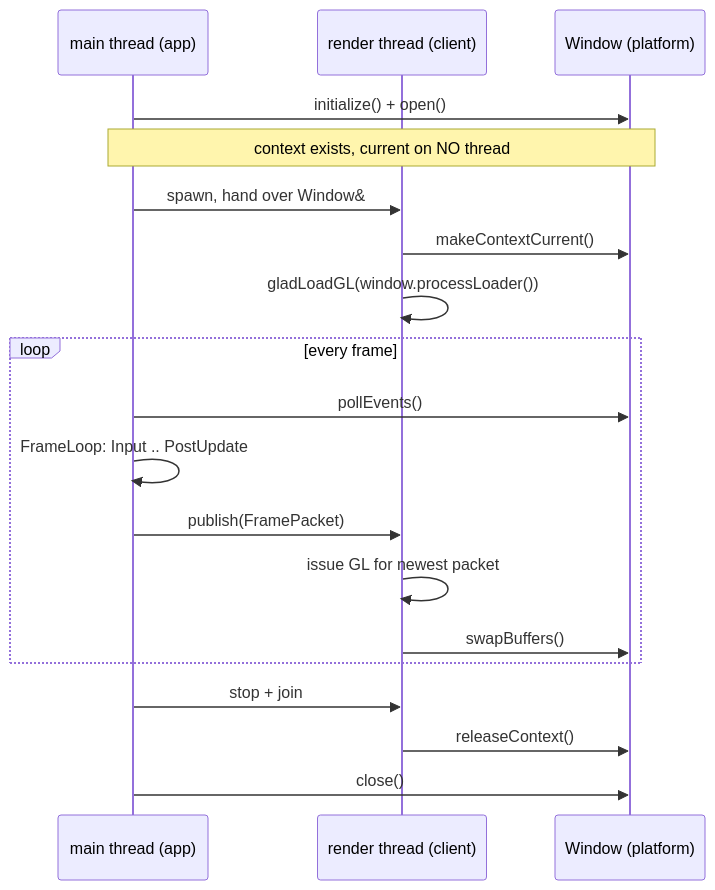
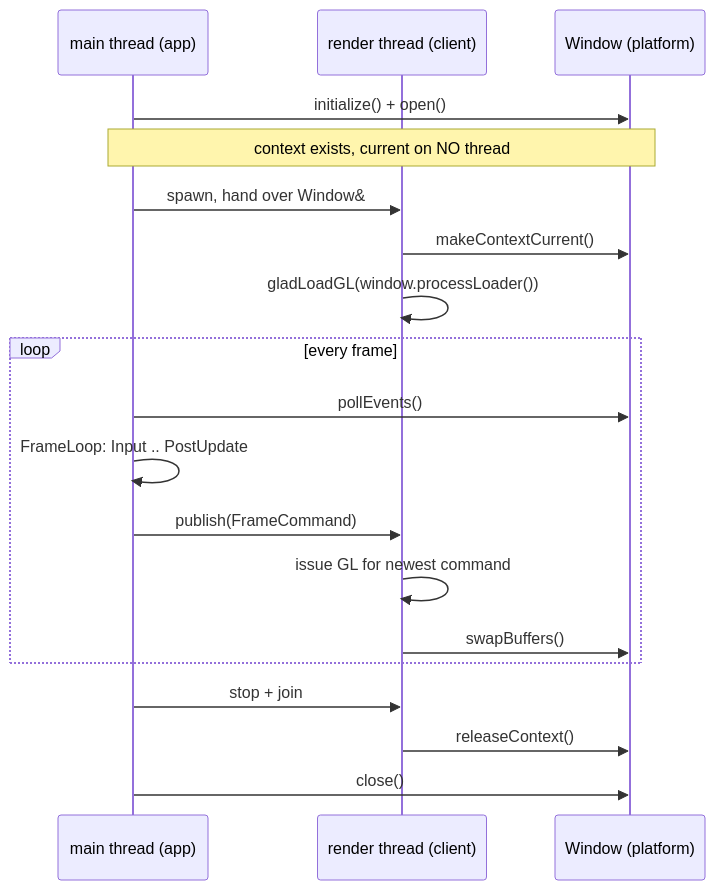
One commit to techattackteam/TechEngine-vault changed the diagram in 04 Design Docs/Systems/Window — Design.md. Above: the diagram before and after it, drawn with Mermaid. The commit also changed other lines of this file and 9 other files, not shown here.

````diff
--- a/04 Design Docs/Systems/Window — Design.md
+++ b/04 Design Docs/Systems/Window — Design.md
@@ -138,22 +153,22 @@
 ```mermaid
 sequenceDiagram
     participant M as main thread (app)
     participant R as render thread (client)
     participant W as Window (platform)
 
     M->>W: initialize() + open()
     Note over M,W: context exists, current on NO thread
     M->>R: spawn, hand over Window&
     R->>W: makeContextCurrent()
     R->>R: gladLoadGL(window.processLoader())
     loop every frame
         M->>W: pollEvents()
         M->>M: FrameLoop: Input .. PostUpdate
-        M->>R: publish(FramePacket)
-        R->>R: issue GL for newest packet
+        M->>R: publish(FrameCommand)
+        R->>R: issue GL for newest command
         R->>W: swapBuffers()
     end
     M->>R: stop + join
     R->>W: releaseContext()
     M->>W: close()
 ```
````
